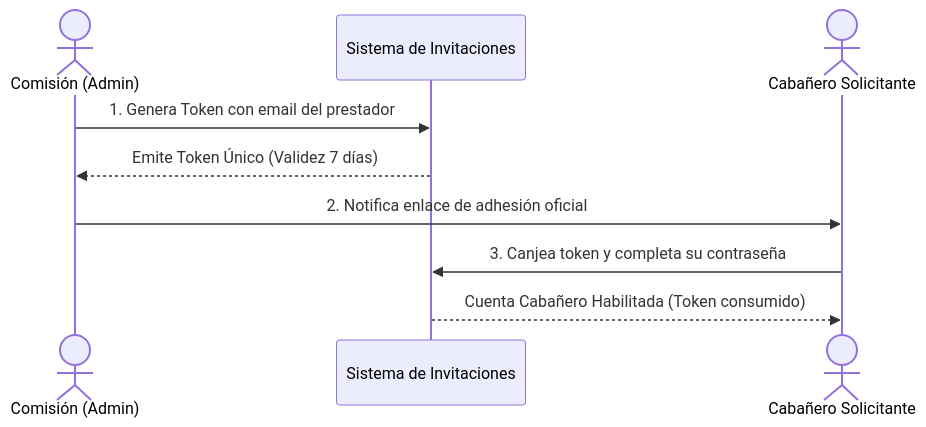
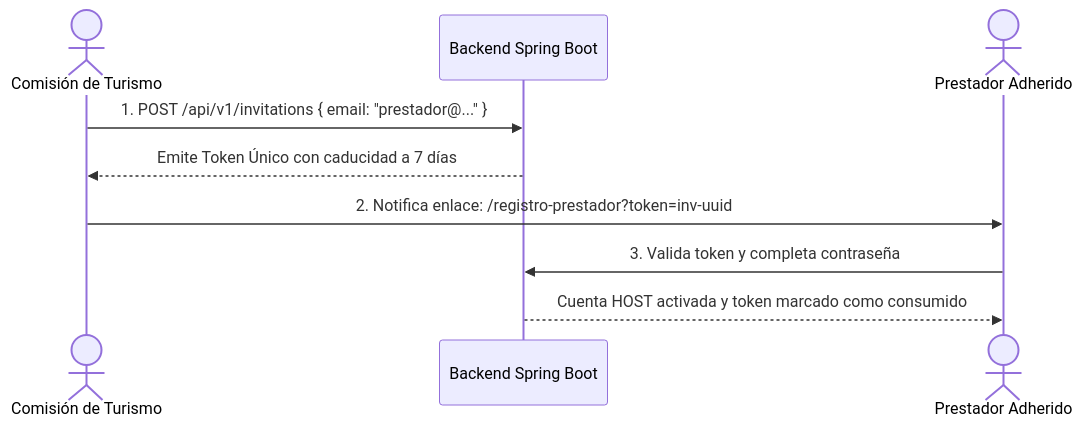
One commit to Tiag4/Turismo-Capilla changed the second of 3 diagrams in docs/user-manual.md. Above: the diagram before and after it, drawn with Mermaid. The commit also changed other lines of this file and 7 other files, not shown here.

````diff
--- a/docs/user-manual.md
+++ b/docs/user-manual.md
@@ -145,12 +153,12 @@
 ```mermaid
 sequenceDiagram
-    actor Admin as Comisión (Admin)
-    participant Sys as Sistema de Invitaciones
-    actor Host as Cabañero Solicitante
+    actor Admin as Comisión de Turismo
+    participant API as Backend Spring Boot
+    actor Host as Prestador Adherido
 
-    Admin->>Sys: 1. Genera Token con email del prestador
-    Sys-->>Admin: Emite Token Único (Validez 7 días)
-    Admin->>Host: 2. Notifica enlace de adhesión oficial
-    Host->>Sys: 3. Canjea token y completa su contraseña
-    Sys-->>Host: Cuenta Cabañero Habilitada (Token consumido)
+    Admin->>API: 1. POST /api/v1/invitations { email: "prestador@..." }
+    API-->>Admin: Emite Token Único con caducidad a 7 días
+    Admin->>Host: 2. Notifica enlace: /registro-prestador?token=inv-uuid
+    Host->>API: 3. Valida token y completa contraseña
+    API-->>Host: Cuenta HOST activada y token marcado como consumido
 ```
````
